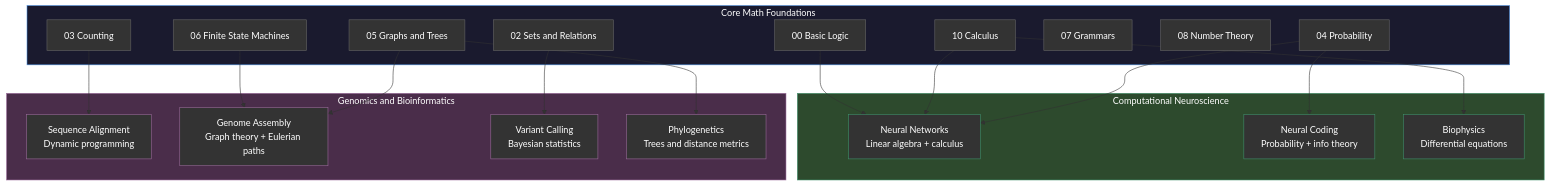
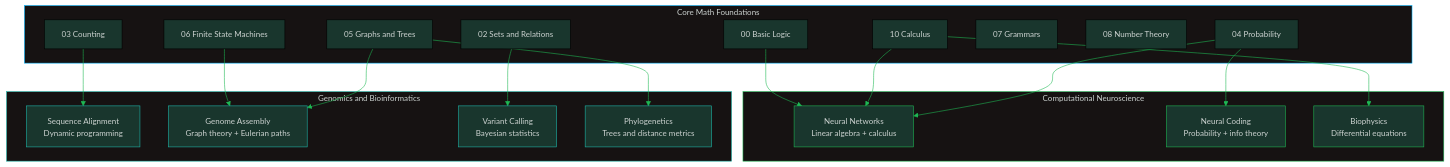
The diagram in math-for-software-engineering-note/12_new_advancements.md (oat431/swe-knowledge), drawn with Mermaid before and after one commit. The commit also changed other lines of this file and 18 other files, not shown here.

````diff
--- a/math-for-software-engineering-note/12_new_advancements.md
+++ b/math-for-software-engineering-note/12_new_advancements.md
@@ -117,58 +117,59 @@
 ```mermaid
+%%{init: {'theme':'base','themeVariables':{'primaryColor':'#19362D','primaryTextColor':'#CDD3D1','primaryBorderColor':'#1FB854','lineColor':'#1FB854','background':'#1B1717','mainBkg':'#19362D','clusterBkg':'#161212','edgeLabelBackground':'#161212','titleColor':'#1FB854','fontSize':'14px'}}}%%
 flowchart TD
     subgraph CORE["Core Math Foundations"]
         LOGIC["00 Basic Logic"]
         SETS["02 Sets and Relations"]
         COUNT["03 Counting"]
         PROB["04 Probability"]
         GRAPH["05 Graphs and Trees"]
         FSM["06 Finite State Machines"]
         GRAM["07 Grammars"]
         NUM["08 Number Theory"]
         CALC["10 Calculus"]
     end
 
     subgraph NEURO["Computational Neuroscience"]
         NN["Neural Networks\nLinear algebra + calculus"]
         CODE["Neural Coding\nProbability + info theory"]
         BIO["Biophysics\nDifferential equations"]
     end
 
     subgraph GENO["Genomics and Bioinformatics"]
         ALIGN["Sequence Alignment\nDynamic programming"]
         ASSEM["Genome Assembly\nGraph theory + Eulerian paths"]
         VAR["Variant Calling\nBayesian statistics"]
         PHYLO["Phylogenetics\nTrees and distance metrics"]
     end
 
     PROB --> NN
     PROB --> CODE
     CALC --> NN
     CALC --> BIO
     GRAPH --> ASSEM
     GRAPH --> PHYLO
     SETS --> VAR
     COUNT --> ALIGN
     FSM --> ASSEM
     LOGIC --> NN
 
-    style CORE fill:#1a1a2e,stroke:#4a90e2,color:#fff
-    style NEURO fill:#2d4a2d,stroke:#40916c,color:#fff
-    style GENO fill:#4a2d4a,stroke:#9b6b9b,color:#fff
-    style LOGIC fill:#333,stroke:#666,color:#fff
-    style SETS fill:#333,stroke:#666,color:#fff
-    style COUNT fill:#333,stroke:#666,color:#fff
-    style PROB fill:#333,stroke:#666,color:#fff
-    style GRAPH fill:#333,stroke:#666,color:#fff
-    style FSM fill:#333,stroke:#666,color:#fff
-    style GRAM fill:#333,stroke:#666,color:#fff
-    style NUM fill:#333,stroke:#666,color:#fff
-    style CALC fill:#333,stroke:#666,color:#fff
-    style NN fill:#333,stroke:#40916c,color:#fff
-    style CODE fill:#333,stroke:#40916c,color:#fff
-    style BIO fill:#333,stroke:#40916c,color:#fff
-    style ALIGN fill:#333,stroke:#9b6b9b,color:#fff
-    style ASSEM fill:#333,stroke:#9b6b9b,color:#fff
-    style VAR fill:#333,stroke:#9b6b9b,color:#fff
-    style PHYLO fill:#333,stroke:#9b6b9b,color:#fff
+    style CORE fill:#161212,stroke:#00B5FF,color:#CDD3D1
+    style NEURO fill:#161212,stroke:#1FB854,color:#CDD3D1
+    style GENO fill:#161212,stroke:#1FB8AB,color:#CDD3D1
+    style LOGIC fill:#19362D,stroke:#000000,color:#CDD3D1
+    style SETS fill:#19362D,stroke:#000000,color:#CDD3D1
+    style COUNT fill:#19362D,stroke:#000000,color:#CDD3D1
+    style PROB fill:#19362D,stroke:#000000,color:#CDD3D1
+    style GRAPH fill:#19362D,stroke:#000000,color:#CDD3D1
+    style FSM fill:#19362D,stroke:#000000,color:#CDD3D1
+    style GRAM fill:#19362D,stroke:#000000,color:#CDD3D1
+    style NUM fill:#19362D,stroke:#000000,color:#CDD3D1
+    style CALC fill:#19362D,stroke:#000000,color:#CDD3D1
+    style NN fill:#19362D,stroke:#1FB854,color:#CDD3D1
+    style CODE fill:#19362D,stroke:#1FB854,color:#CDD3D1
+    style BIO fill:#19362D,stroke:#1FB854,color:#CDD3D1
+    style ALIGN fill:#19362D,stroke:#1FB8AB,color:#CDD3D1
+    style ASSEM fill:#19362D,stroke:#1FB8AB,color:#CDD3D1
+    style VAR fill:#19362D,stroke:#1FB8AB,color:#CDD3D1
+    style PHYLO fill:#19362D,stroke:#1FB8AB,color:#CDD3D1
 ```
````
